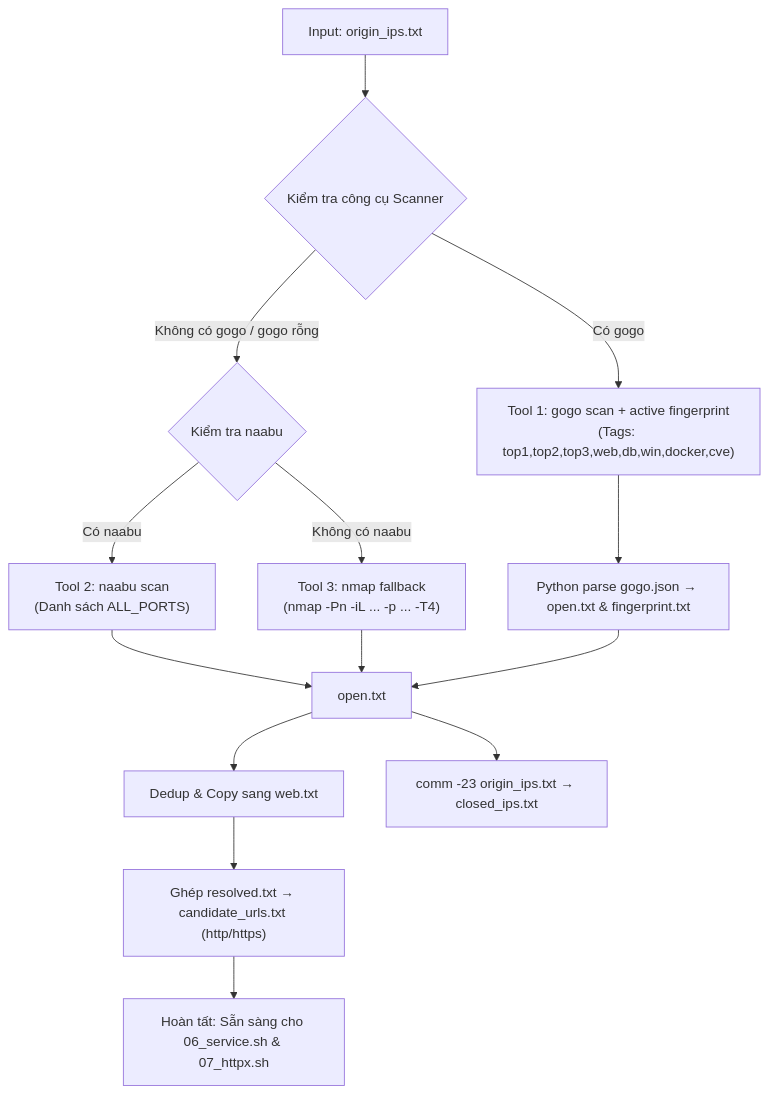
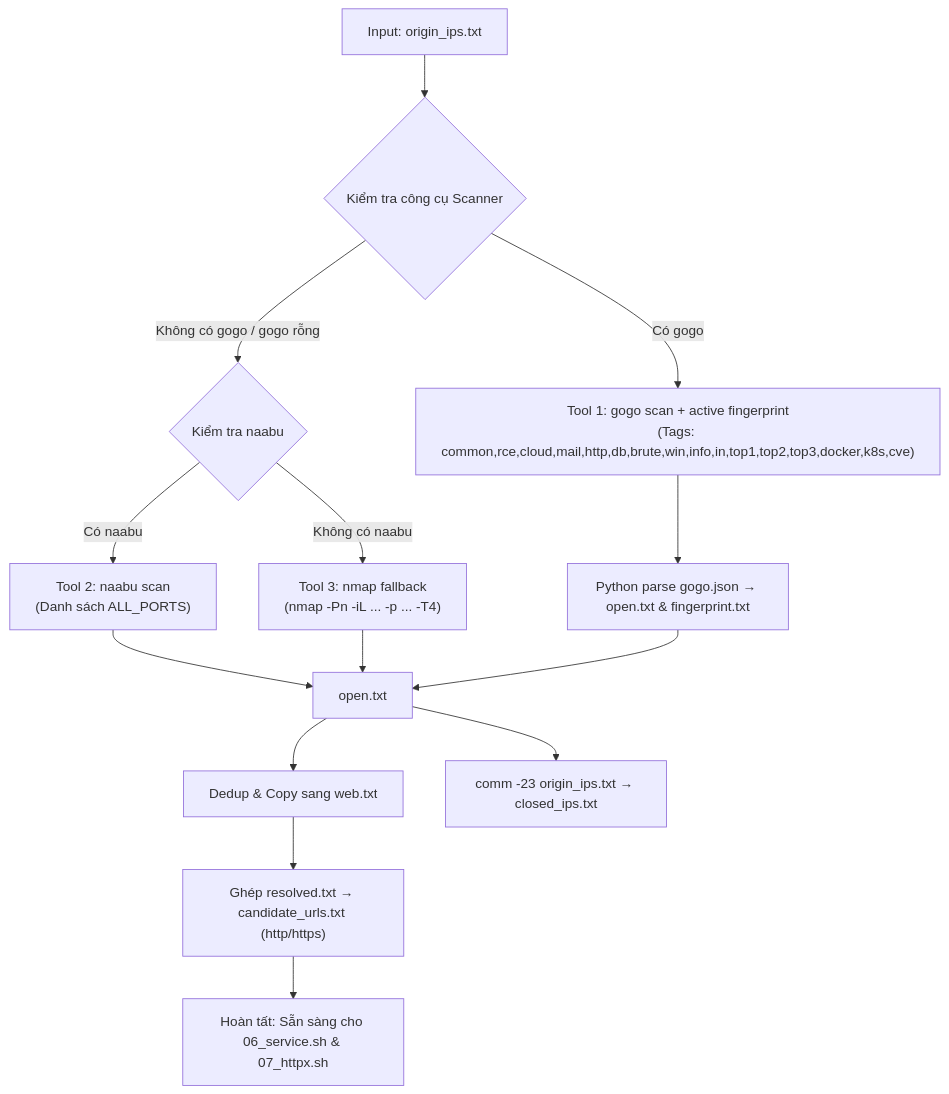
Before and after one commit to giangnamG/recon-pipeline: the diagram in docs/05_portscan.md, drawn with Mermaid. The commit also changed other lines of this file and 1 other file, not shown here.

Commit message:
feat(portscan): enable all available gogo preset tags (379+ ports)

````diff
--- a/docs/05_portscan.md
+++ b/docs/05_portscan.md
@@ -52,16 +52,16 @@
 ```mermaid
 flowchart TD
     A["Input: origin_ips.txt"] --> B{"Kiểm tra công cụ Scanner"}
-    B -- "Có gogo" --> C["Tool 1: gogo scan + active fingerprint\n(Tags: top1,top2,top3,web,db,win,docker,cve)"]
+    B -- "Có gogo" --> C["Tool 1: gogo scan + active fingerprint\n(Tags: common,rce,cloud,mail,http,db,brute,win,info,in,top1,top2,top3,docker,k8s,cve)"]
     B -- "Không có gogo / gogo rỗng" --> D{"Kiểm tra naabu"}
     D -- "Có naabu" --> E["Tool 2: naabu scan\n(Danh sách ALL_PORTS)"]
     D -- "Không có naabu" --> F["Tool 3: nmap fallback\n(nmap -Pn -iL ... -p ... -T4)"]
     C --> G["Python parse gogo.json → open.txt & fingerprint.txt"]
     E --> H["open.txt"]
     F --> H
     G --> H
     H --> I["Dedup & Copy sang web.txt"]
     H --> J["comm -23 origin_ips.txt → closed_ips.txt"]
     I --> K["Ghép resolved.txt → candidate_urls.txt (http/https)"]
     K --> L["Hoàn tất: Sẵn sàng cho 06_service.sh & 07_httpx.sh"]
 ```
````
